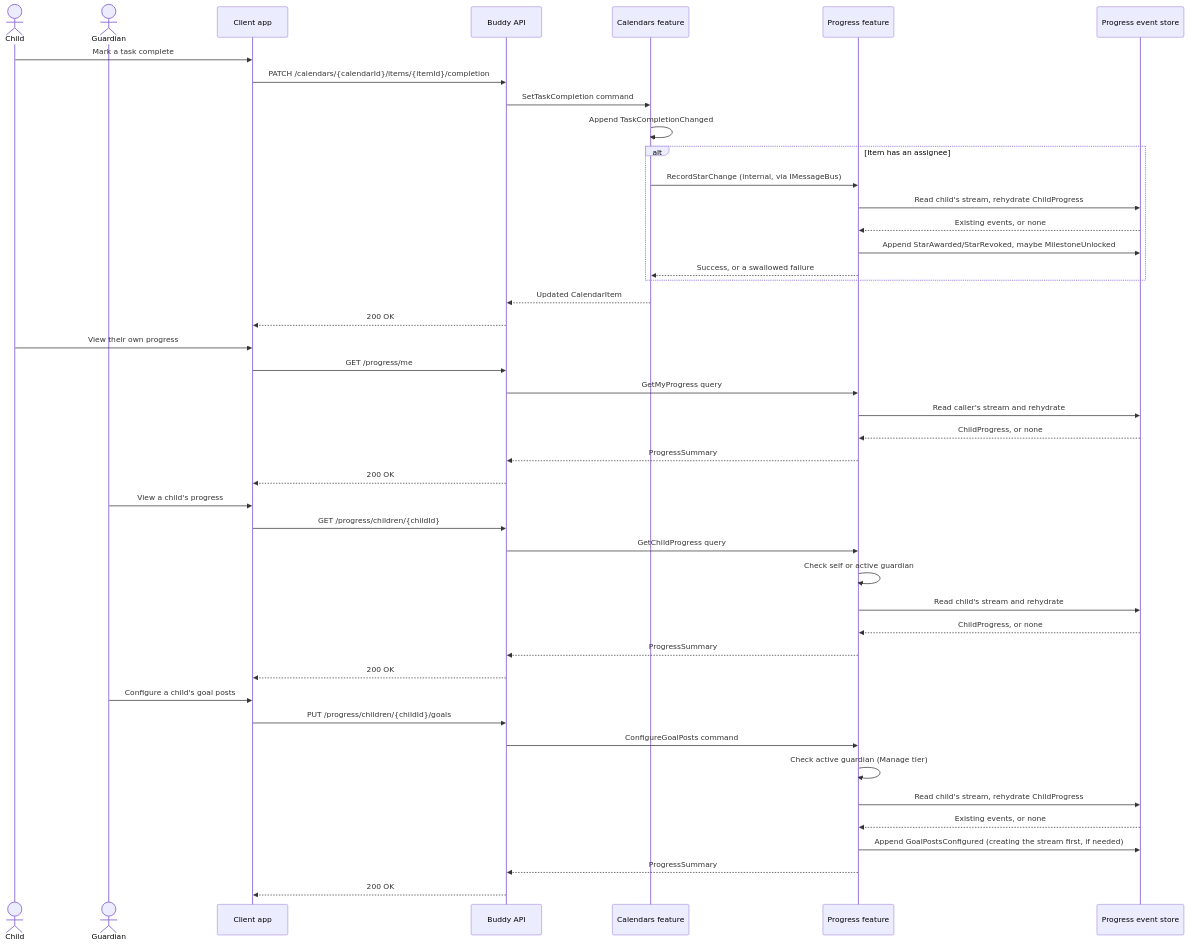
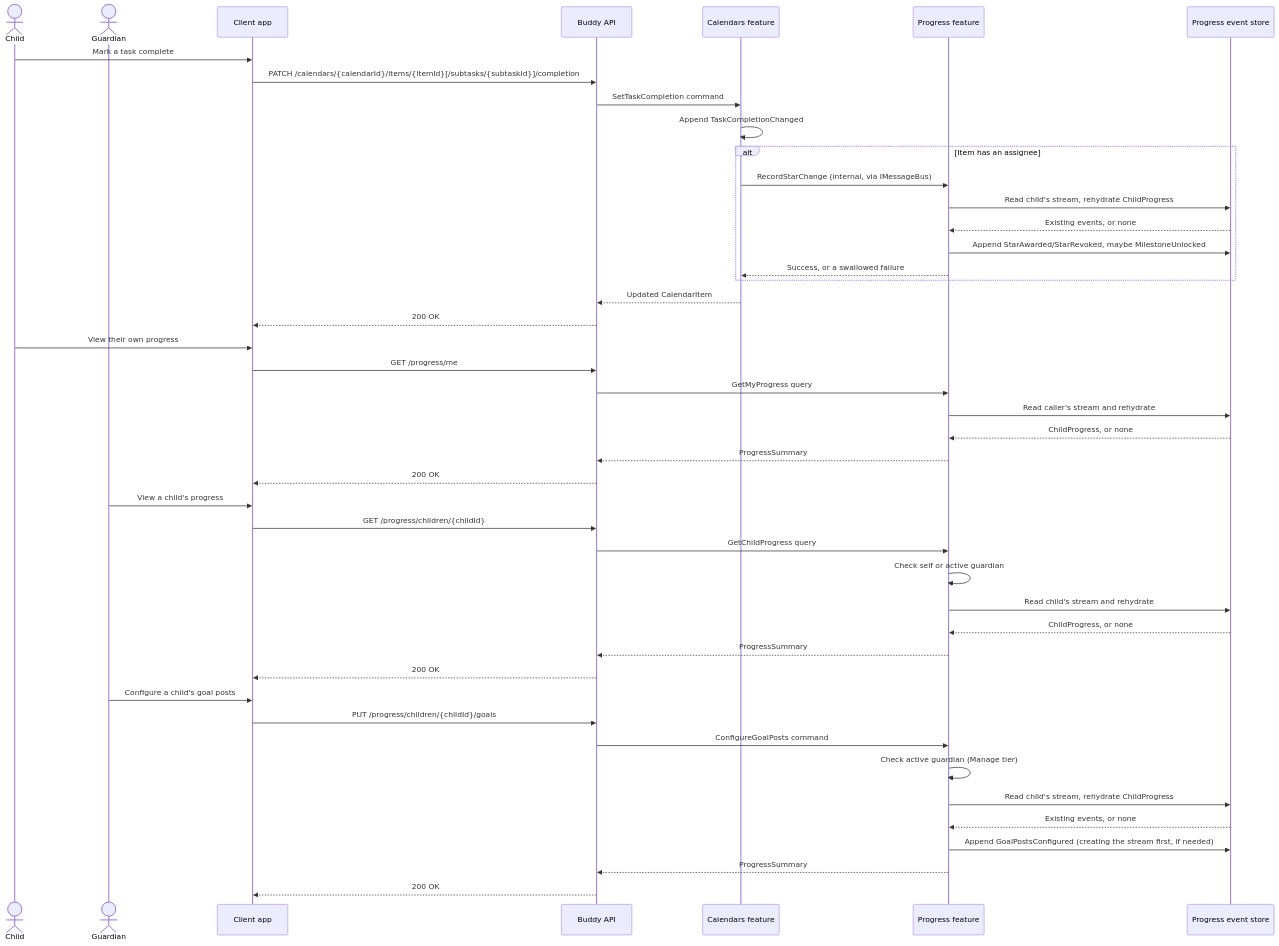
One commit to kimipsen/buddy changed the diagram in docs/backend/progress/flow.md. Above: the diagram before and after it, drawn with Mermaid. The commit also changed other lines of this file and 35 other files, not shown here.

First line of the commit message:
refactor(calendars,progress): model task completion target as a union

````diff
--- a/docs/backend/progress/flow.md
+++ b/docs/backend/progress/flow.md
@@ -13,51 +13,51 @@
 ```mermaid
 sequenceDiagram
     actor Child
     actor Guardian
     participant App as Client app
     participant API as Buddy API
     participant Calendars as Calendars feature
     participant Progress as Progress feature
     participant Store as Progress event store
 
     Child->>App: Mark a task complete
-    App->>API: PATCH /calendars/{calendarId}/items/{itemId}/completion
+    App->>API: PATCH /calendars/{calendarId}/items/{itemId}[/subtasks/{subtaskId}]/completion
     API->>Calendars: SetTaskCompletion command
     Calendars->>Calendars: Append TaskCompletionChanged
     alt Item has an assignee
         Calendars->>Progress: RecordStarChange (internal, via IMessageBus)
         Progress->>Store: Read child's stream, rehydrate ChildProgress
         Store-->>Progress: Existing events, or none
         Progress->>Store: Append StarAwarded/StarRevoked, maybe MilestoneUnlocked
         Progress-->>Calendars: Success, or a swallowed failure
     end
     Calendars-->>API: Updated CalendarItem
     API-->>App: 200 OK
 
     Child->>App: View their own progress
     App->>API: GET /progress/me
     API->>Progress: GetMyProgress query
     Progress->>Store: Read caller's stream and rehydrate
     Store-->>Progress: ChildProgress, or none
     Progress-->>API: ProgressSummary
     API-->>App: 200 OK
 
     Guardian->>App: View a child's progress
     App->>API: GET /progress/children/{childId}
     API->>Progress: GetChildProgress query
     Progress->>Progress: Check self or active guardian
     Progress->>Store: Read child's stream and rehydrate
     Store-->>Progress: ChildProgress, or none
     Progress-->>API: ProgressSummary
     API-->>App: 200 OK
 
     Guardian->>App: Configure a child's goal posts
     App->>API: PUT /progress/children/{childId}/goals
     API->>Progress: ConfigureGoalPosts command
     Progress->>Progress: Check active guardian (Manage tier)
     Progress->>Store: Read child's stream, rehydrate ChildProgress
     Store-->>Progress: Existing events, or none
     Progress->>Store: Append GoalPostsConfigured (creating the stream first, if needed)
     Progress-->>API: ProgressSummary
     API-->>App: 200 OK
 ```
````
